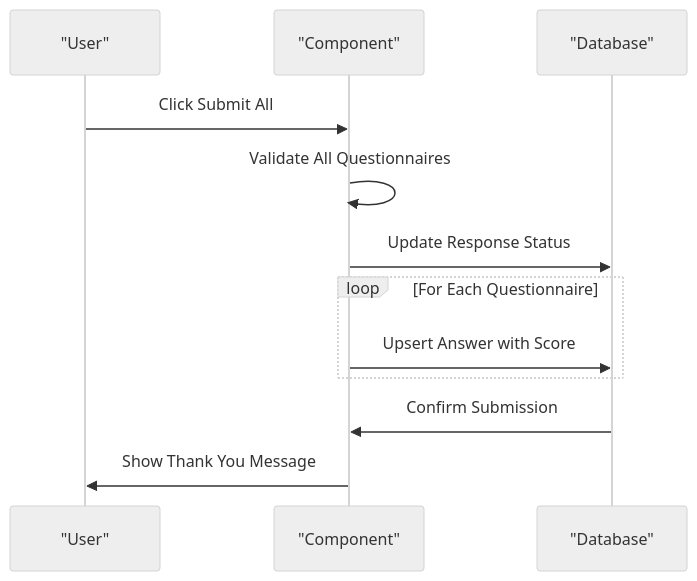
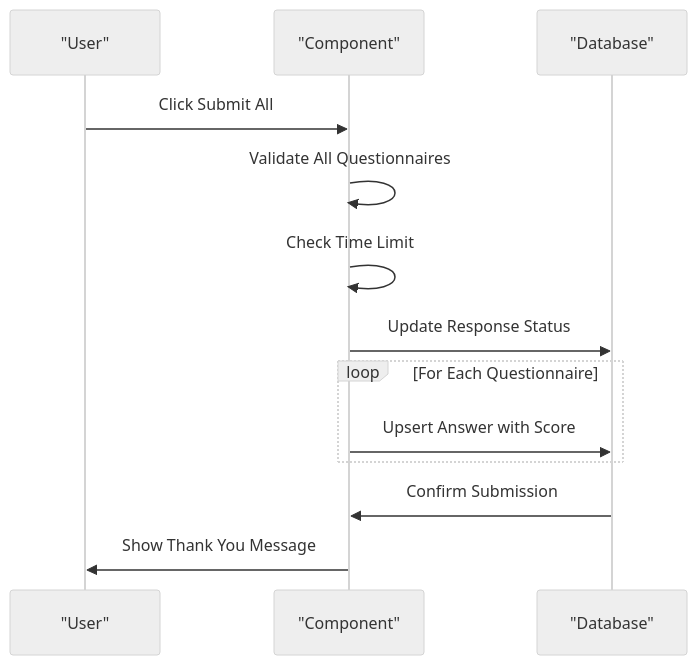
Before and after one commit to rudicatsmile/assesment360: the ninth of 9 diagrams in .qoder/repowiki/en/content/Core Features/Evaluation Workflows/Questionnaire Filling Interface.md, drawn with Mermaid (neutral theme). The commit also changed other lines of this file and 6 other files, not shown here.

````diff
--- a/.qoder/repowiki/en/content/Core Features/Evaluation Workflows/Questionnaire Filling Interface.md
+++ b/.qoder/repowiki/en/content/Core Features/Evaluation Workflows/Questionnaire Filling Interface.md
@@ -414,14 +529,15 @@
 ```mermaid
 sequenceDiagram
 participant U as "User"
 participant C as "Component"
 participant D as "Database"
 U->>C : Click Submit All
 C->>C : Validate All Questionnaires
+C->>C : Check Time Limit
 C->>D : Update Response Status
 loop For Each Questionnaire
 C->>D : Upsert Answer with Score
 end
 D->>C : Confirm Submission
 C->>U : Show Thank You Message
 ```
````
